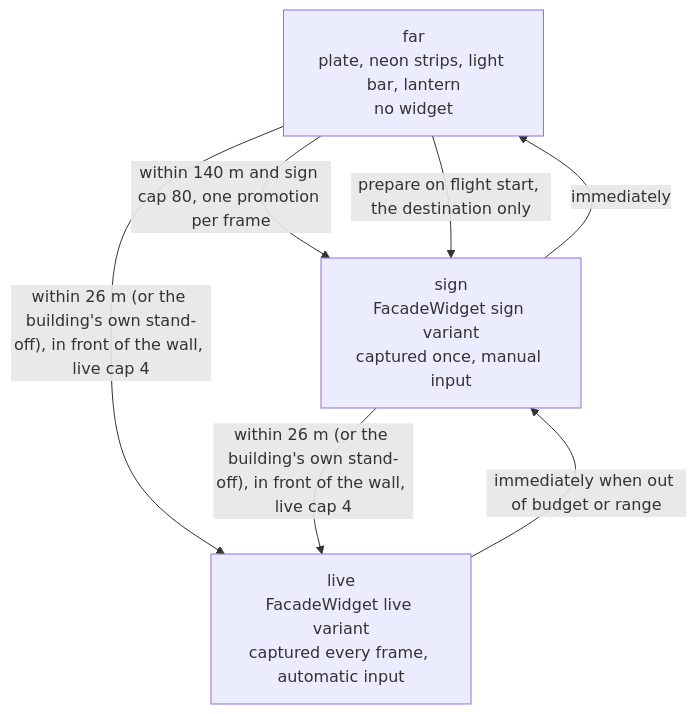
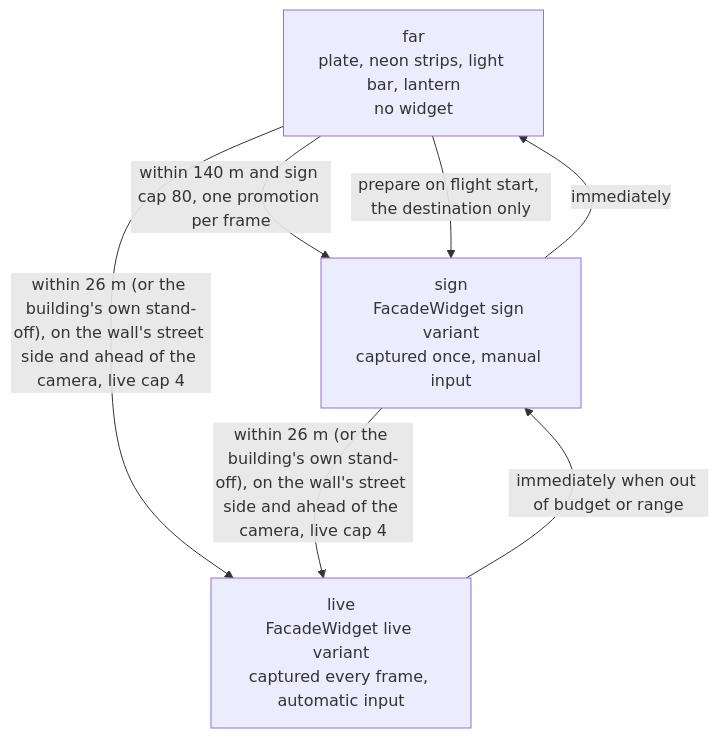
The fourth of 4 diagrams in knowledge/features/plaza.md (matthiasn/lotti), drawn with Mermaid before and after one commit.

Commit message:
docs(plaza): live tier needs the wall ahead of the camera

````diff
--- a/knowledge/features/plaza.md
+++ b/knowledge/features/plaza.md
@@ -406,9 +406,9 @@
 ```mermaid
 flowchart TD
   Far["far<br/>plate, neon strips, light bar, lantern<br/>no widget"] -->|"within 140 m and sign cap 80, one promotion per frame"| Sign["sign<br/>FacadeWidget sign variant<br/>captured once, manual input"]
-  Far -->|"within 26 m (or the building's own stand-off), in front of the wall, live cap 4"| Live["live<br/>FacadeWidget live variant<br/>captured every frame, automatic input"]
-  Sign -->|"within 26 m (or the building's own stand-off), in front of the wall, live cap 4"| Live
+  Far -->|"within 26 m (or the building's own stand-off), on the wall's street side and ahead of the camera, live cap 4"| Live["live<br/>FacadeWidget live variant<br/>captured every frame, automatic input"]
+  Sign -->|"within 26 m (or the building's own stand-off), on the wall's street side and ahead of the camera, live cap 4"| Live
   Live -->|"immediately when out of budget or range"| Sign
   Sign -->|"immediately"| Far
   Far -->|"prepare on flight start, the destination only"| Sign
 ```
````
